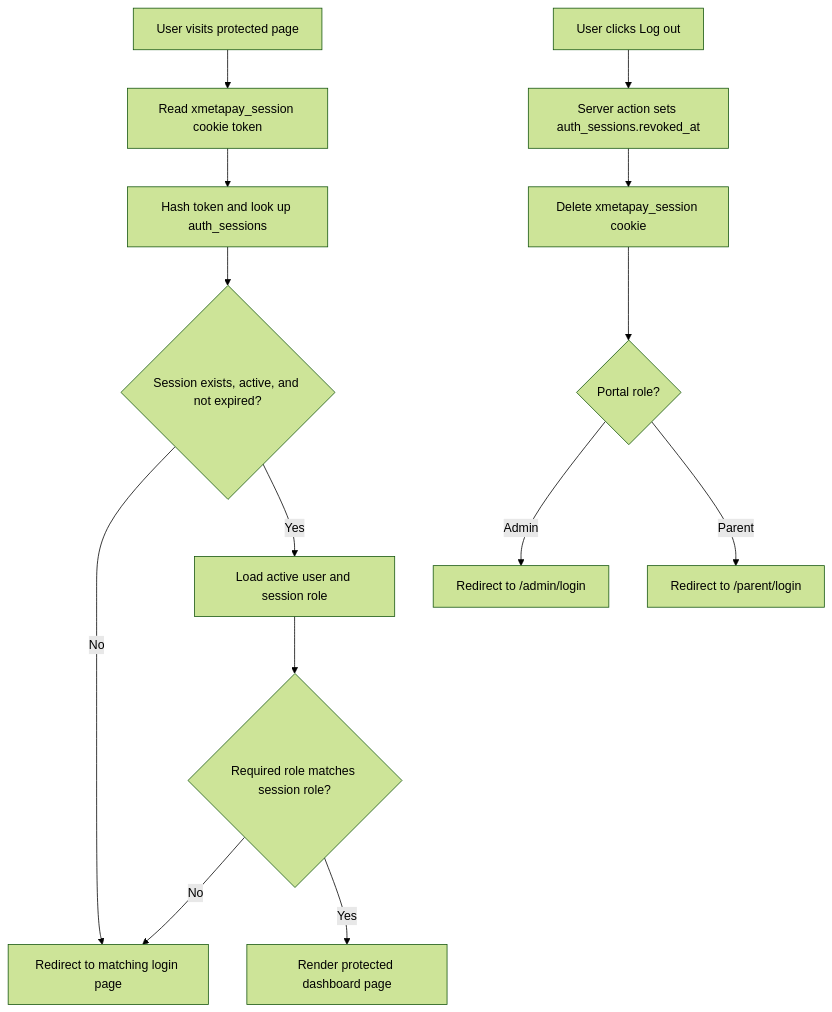
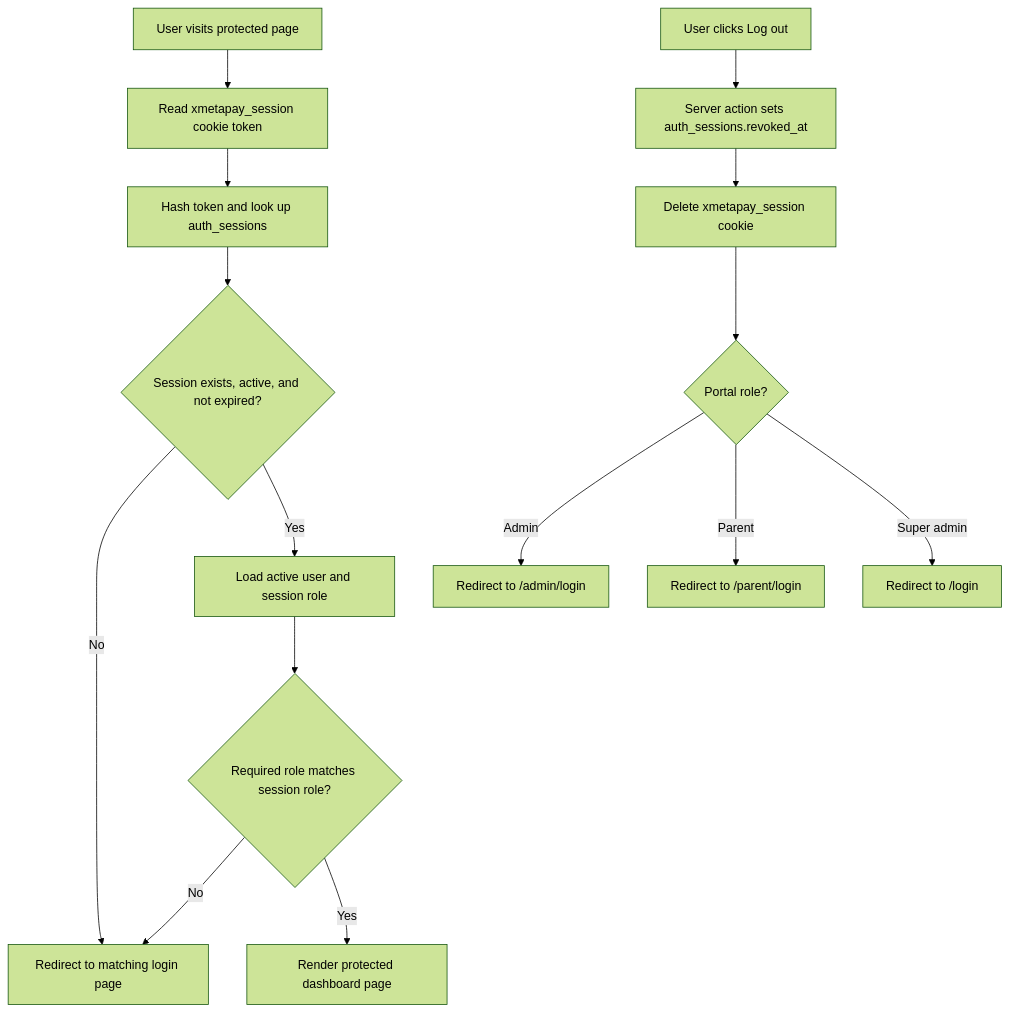
One commit to Xeyn19/xmetapay changed diagram 15 of 21 in docs/PROJECT_FLOWCHARTS.md. Above: the diagram before and after it, drawn with Mermaid (forest theme). The commit also changed other lines of this file and 24 other files, not shown here.

````diff
--- a/docs/PROJECT_FLOWCHARTS.md
+++ b/docs/PROJECT_FLOWCHARTS.md
@@ -453,17 +483,18 @@
 ```mermaid
 flowchart TD
   A["User visits protected page"] --> B["Read xmetapay_session cookie token"]
   B --> C["Hash token and look up auth_sessions"]
   C --> D{"Session exists, active, and not expired?"}
   D -->|No| E["Redirect to matching login page"]
   D -->|Yes| F["Load active user and session role"]
   F --> G{"Required role matches session role?"}
   G -->|No| E
   G -->|Yes| H["Render protected dashboard page"]
 
   I["User clicks Log out"] --> J["Server action sets auth_sessions.revoked_at"]
   J --> K["Delete xmetapay_session cookie"]
   K --> L{"Portal role?"}
   L -->|Admin| M["Redirect to /admin/login"]
   L -->|Parent| N["Redirect to /parent/login"]
+  L -->|Super admin| O["Redirect to /login"]
 ```
````
